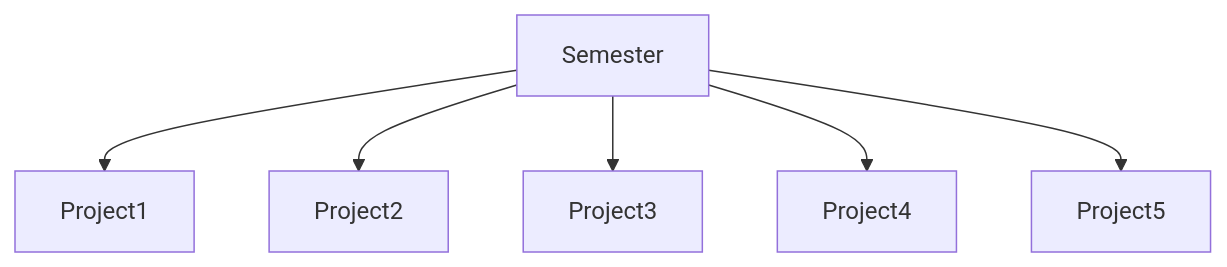
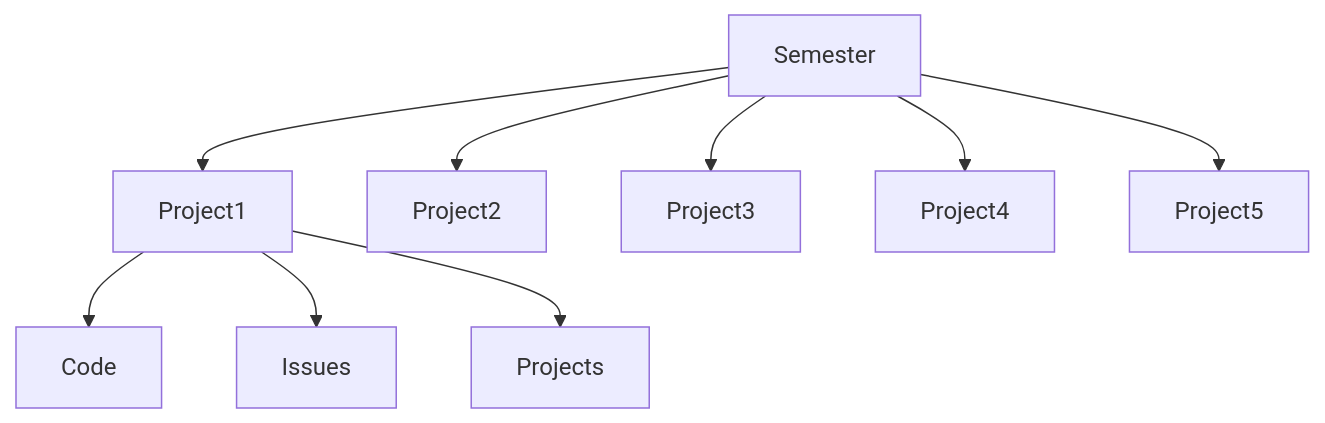
One commit to Mosotho888/CMPG-323-Overview---35551178 changed the diagram in README.md. Above: the diagram before and after it, drawn with Mermaid.

````diff
--- a/README.md
+++ b/README.md
@@ -12,8 +12,11 @@
 ```mermaid
 graph TB;
       Semester-->Project1;
       Semester-->Project2;
       Semester-->Project3;
       Semester-->Project4;
       Semester-->Project5;
+      Project1-->Code;
+      Project1-->Issues;
+      Project1-->Projects;
 ```
````
